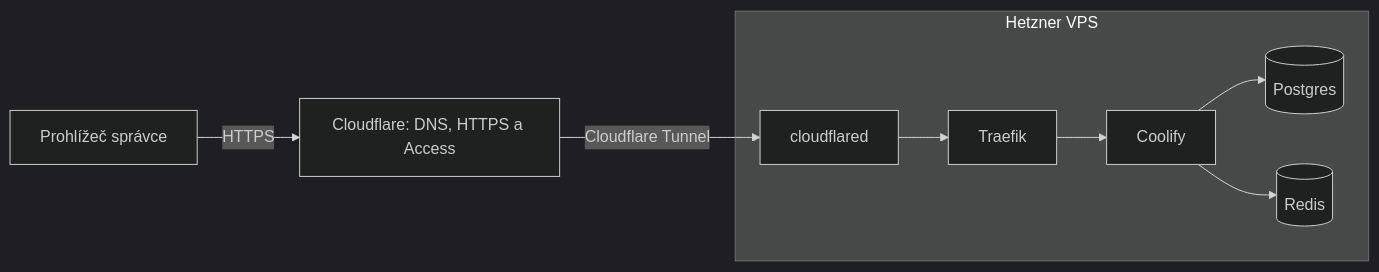
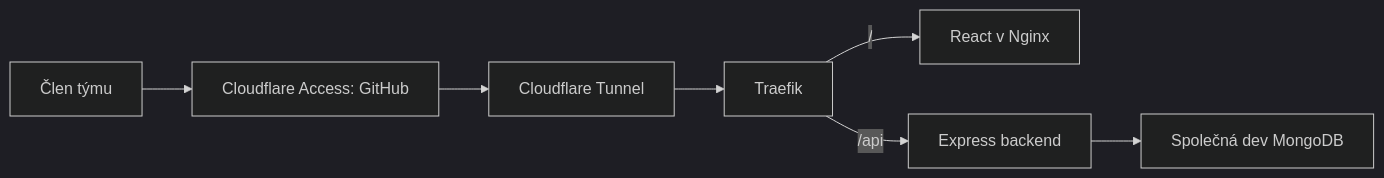
Before and after one commit to Geo-Cube/anico: the diagram in docs/PREHLED-PRO-TYM.md, drawn with Mermaid (dark theme). The commit also changed other lines of this file and 23 other files, not shown here.

````diff
--- a/docs/PREHLED-PRO-TYM.md
+++ b/docs/PREHLED-PRO-TYM.md
@@ -248,11 +31,9 @@
 ```mermaid
 flowchart LR
-    B[Prohlížeč správce] -->|HTTPS| CF[Cloudflare: DNS, HTTPS a Access]
-    CF -->|Cloudflare Tunnel| C
-    subgraph VPS[Hetzner VPS]
-      C[cloudflared] --> T[Traefik]
-      T --> A[Coolify]
-      A --> P[(Postgres)]
-      A --> R[(Redis)]
-    end
+  U[Člen týmu] --> A[Cloudflare Access: GitHub]
+  A --> T[Cloudflare Tunnel]
+  T --> P[Traefik]
+  P -->|/| F[React v Nginx]
+  P -->|/api| B[Express backend]
+  B --> D[Společná dev MongoDB]
 ```
````
